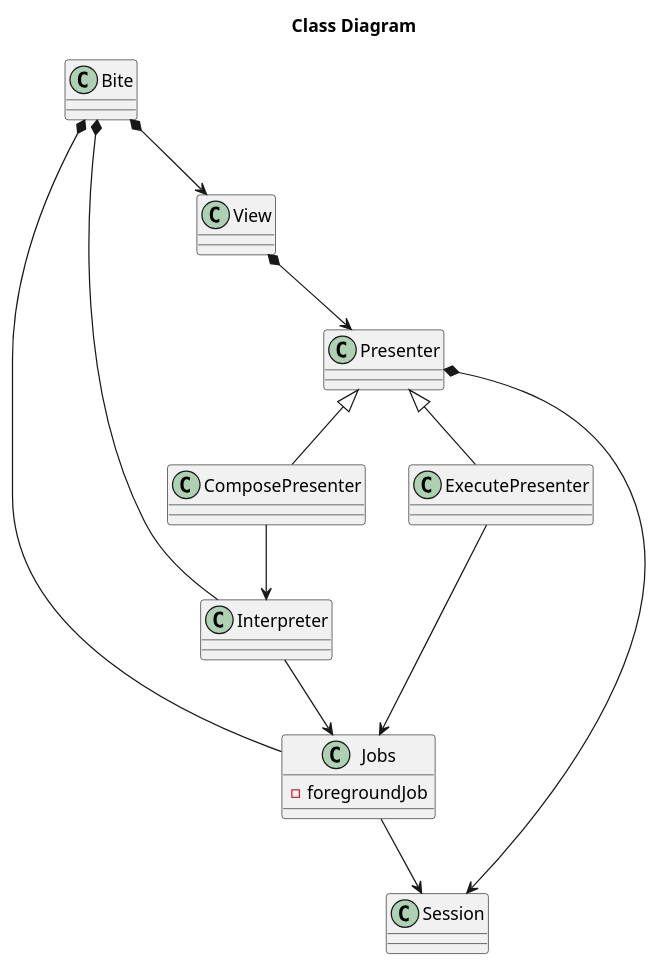
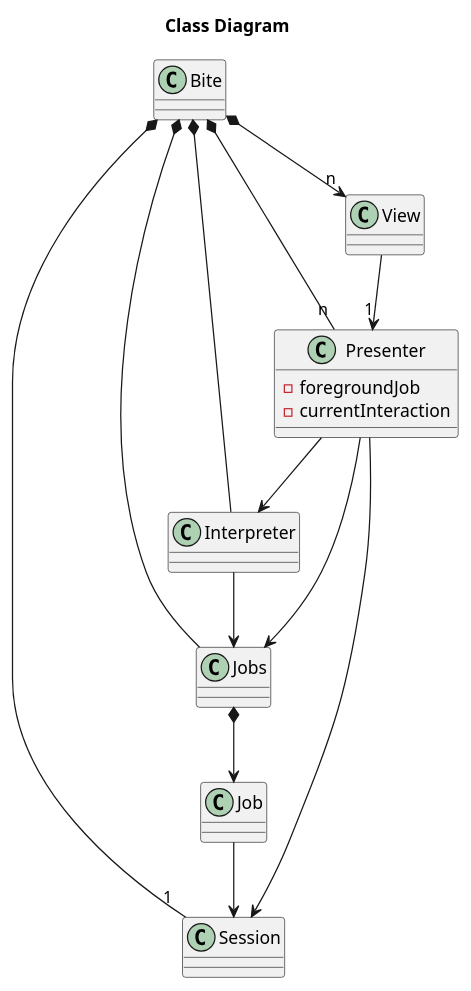
The first of 7 diagrams in doc/architecture.pu (LarsEKrueger/bite), drawn with PlantUML before and after one commit. The commit also changed other lines of this file and 11 other files, not shown here.

```diff
--- a/doc/architecture.pu
+++ b/doc/architecture.pu
@@ -1,34 +1,32 @@
 @startuml
 
 title Class Diagram
 
 class Bite
 class View
 class Session
-class Jobs {
- - foregroundJob
+class Jobs
+class Presenter {
+  - foregroundJob
+  - currentInteraction
 }
-class Presenter
 class Interpreter
 
-class ComposePresenter
-class ExecutePresenter
-
-Presenter <|-- ComposePresenter
-Presenter <|-- ExecutePresenter
-
-Bite *--> View
+Bite *--> "n" View
 Bite *-- Interpreter
 Bite *-- Jobs
+Bite *-- "1" Session
+Bite *-- "n" Presenter
 
-View *--> Presenter
-Presenter *--> Session
-ComposePresenter --> Interpreter
+View --> "1" Presenter
+Presenter --> Session
+Presenter --> Interpreter
 
-ExecutePresenter ---> Jobs
+Presenter ---> Jobs
 
 Interpreter --> Jobs
 
-Jobs --> Session
+Jobs *--> Job
+Job --> Session
 
 @enduml
```
